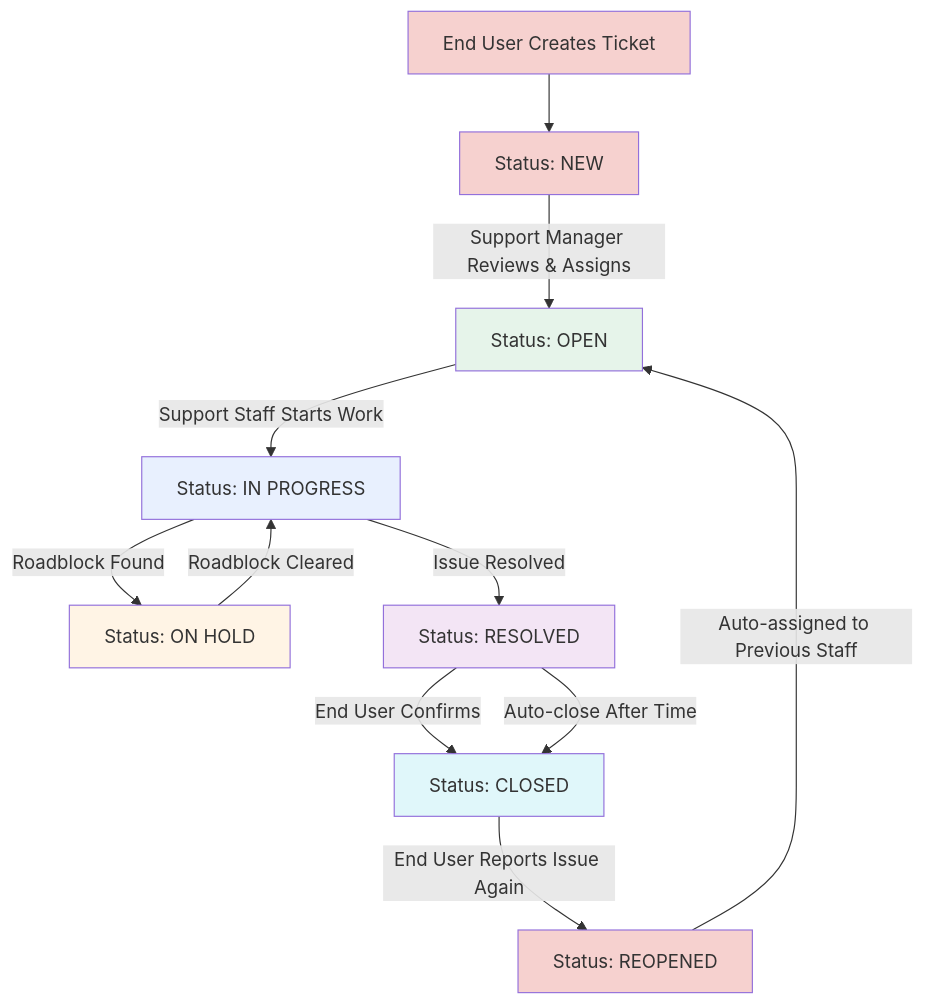
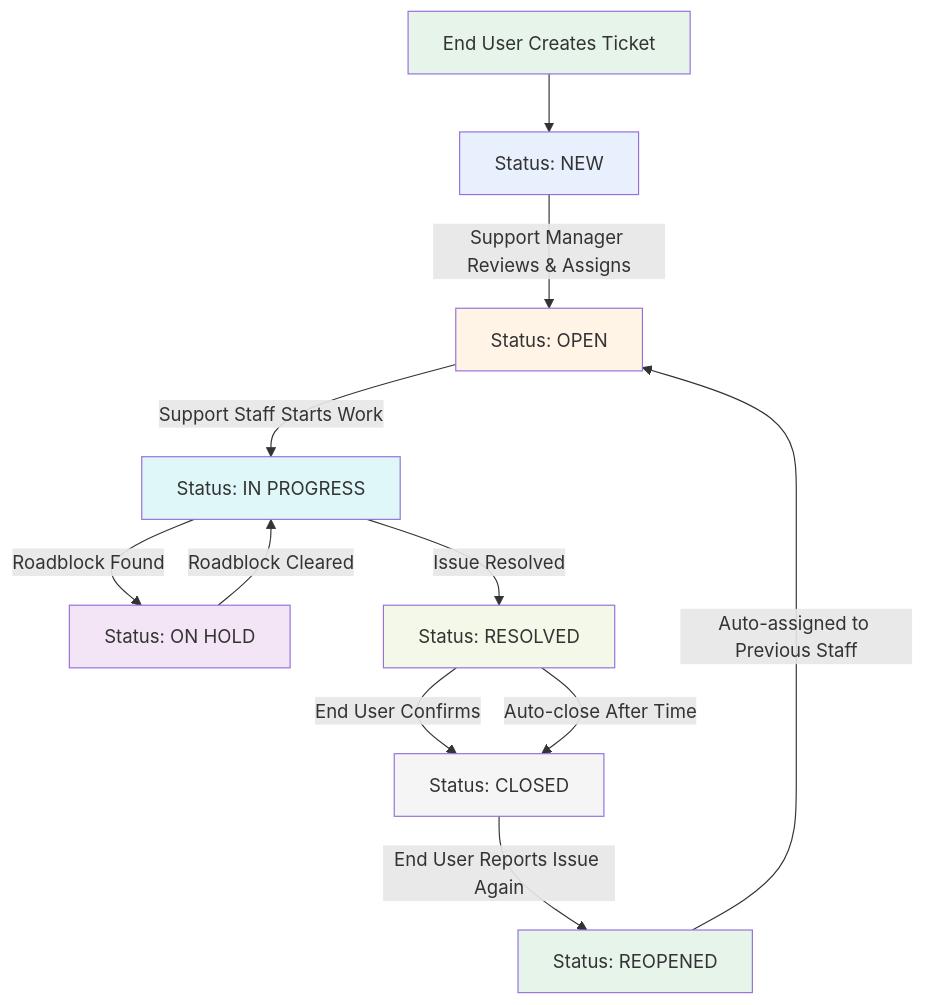
Before and after one commit to salmanb74-dev/ntg-ticket: the seventh of 7 diagrams in NTG-Ticket-User Guide.md, drawn with Mermaid. The commit also changed other lines of this file, not shown here.

Commit message:
Update NTG-Ticket-User Guide.md

````diff
--- a/NTG-Ticket-User Guide.md
+++ b/NTG-Ticket-User Guide.md
@@ -300,29 +300,29 @@
 ```mermaid
 flowchart TD
     Start[End User Creates Ticket] --> New[Status: NEW]
     
     New -->|Support Manager Reviews & Assigns| Open[Status: OPEN]
     
     Open -->|Support Staff Starts Work| InProgress[Status: IN PROGRESS]
     
     InProgress -->|Roadblock Found| OnHold[Status: ON HOLD]
     InProgress -->|Issue Resolved| Resolved[Status: RESOLVED]
     
     OnHold -->|Roadblock Cleared| InProgress
     
     Resolved -->|End User Confirms| Closed[Status: CLOSED]
     Resolved -->|Auto-close After Time| Closed
     
     Closed -->|End User Reports Issue Again| Reopened[Status: REOPENED]
     
     Reopened -->|Auto-assigned to Previous Staff| Open
     
-    style Start fill:#F6D1CF
-    style New fill:#F6D1CF
-    style Open fill:#E6F4EA
-    style InProgress fill:#E8F0FE
-    style OnHold fill:#FFF4E5
-    style Resolved fill:#F3E5F5
-    style Closed fill:#E0F7FA
-    style Reopened fill:#F6D1CF
+    style Start fill:#E6F4EA
+    style New fill:#E8F0FE
+    style Open fill:#FFF4E5
+    style InProgress fill:#E0F7FA
+    style OnHold fill:#F3E5F5
+    style Resolved fill:#F4F8E8
+    style Closed fill:#F5F5F5
+    style Reopened fill:#E6F4EA
 ```
````
